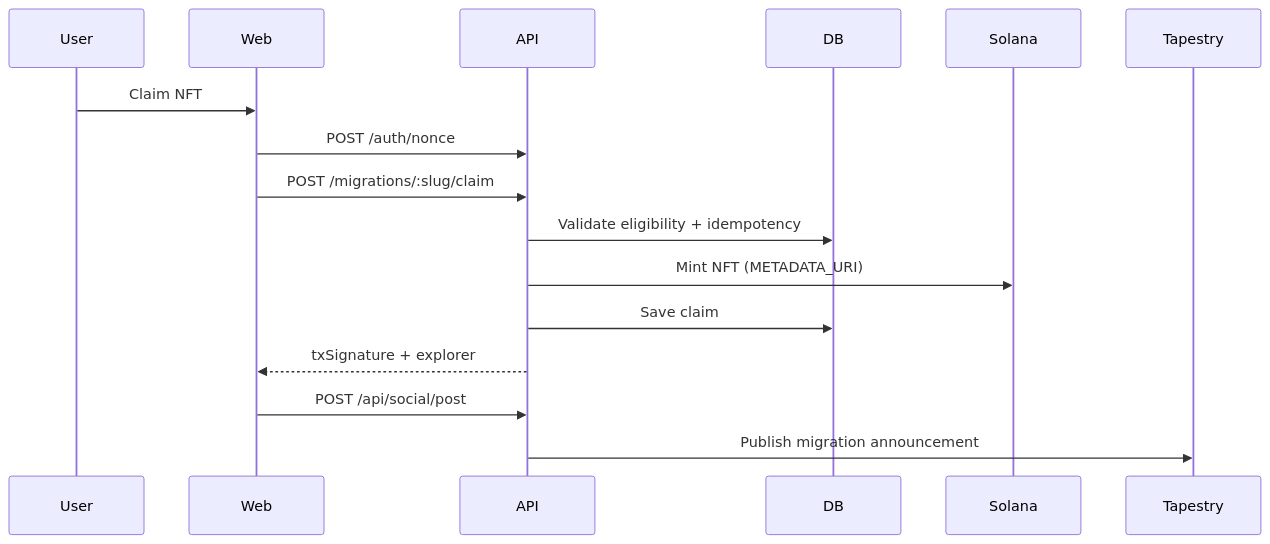
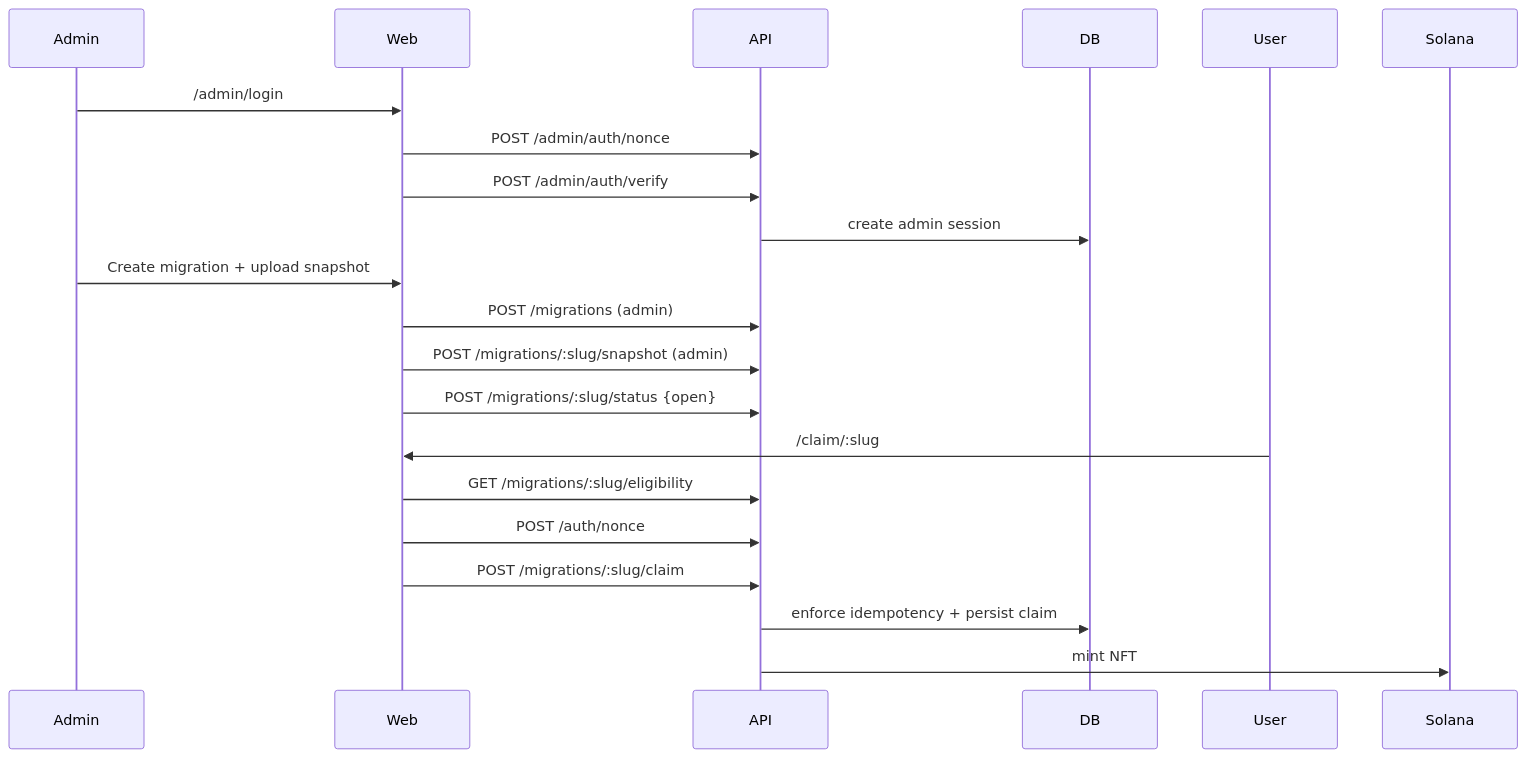
The second of 2 diagrams in README.md (femmudas/revivepass), drawn with Mermaid before and after one commit. The commit also changed other lines of this file and 27 other files, not shown here.

Commit message:
feat: finalize admin-gated migration flow, social layer, and railway readiness

````diff
--- a/README.md
+++ b/README.md
@@ -44,19 +52,26 @@
 ```mermaid
 sequenceDiagram
-  participant User
+  participant Admin
   participant Web
   participant API
   participant DB
+  participant User
   participant Solana
-  participant Tapestry
 
-  User->>Web: Claim NFT
+  Admin->>Web: /admin/login
+  Web->>API: POST /admin/auth/nonce
+  Web->>API: POST /admin/auth/verify
+  API->>DB: create admin session
+
+  Admin->>Web: Create migration + upload snapshot
+  Web->>API: POST /migrations (admin)
+  Web->>API: POST /migrations/:slug/snapshot (admin)
+  Web->>API: POST /migrations/:slug/status {open}
+
+  User->>Web: /claim/:slug
+  Web->>API: GET /migrations/:slug/eligibility
   Web->>API: POST /auth/nonce
   Web->>API: POST /migrations/:slug/claim
-  API->>DB: Validate eligibility + idempotency
-  API->>Solana: Mint NFT (METADATA_URI)
-  API->>DB: Save claim
-  API-->>Web: txSignature + explorer
-  Web->>API: POST /api/social/post
-  API->>Tapestry: Publish migration announcement
+  API->>DB: enforce idempotency + persist claim
+  API->>Solana: mint NFT
 ```
````
